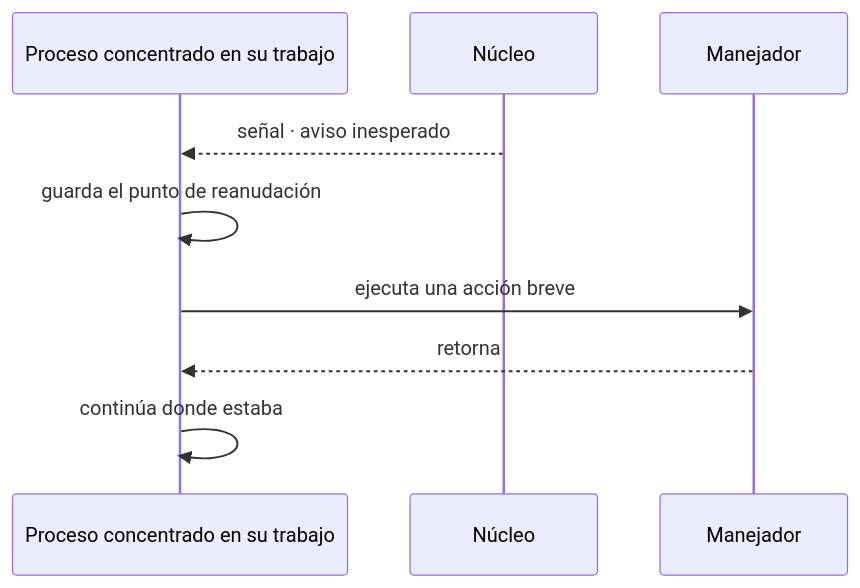
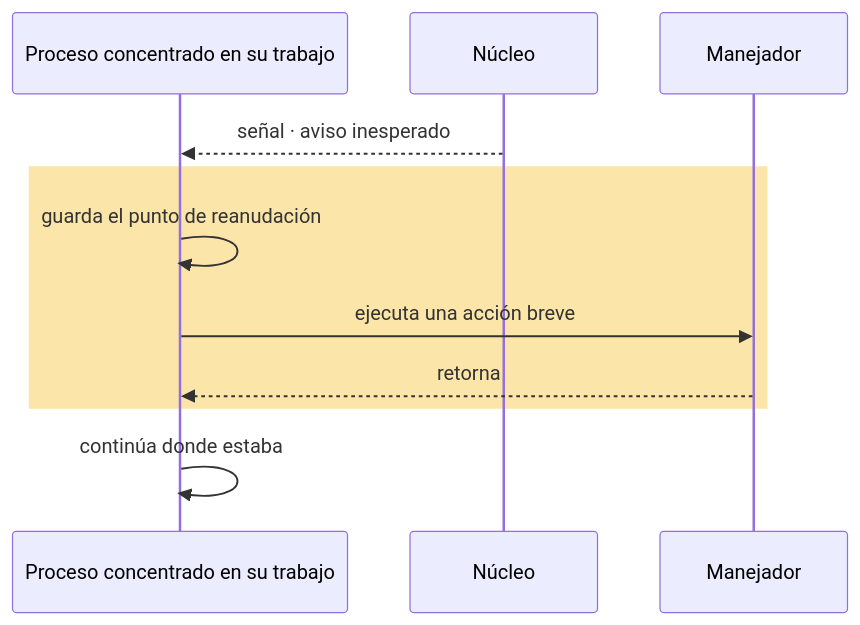
Before and after one commit to asiermarzo/ssoo: the second of 5 diagrams in TEORIA/08-ipc-senales/README.md, drawn with Mermaid. The commit also changed other lines of this file and 25 other files, not shown here.

Commit message:
refinado de diagramas mermaid y svg

````diff
--- a/TEORIA/08-ipc-senales/README.md
+++ b/TEORIA/08-ipc-senales/README.md
@@ -33,11 +44,13 @@
 ```mermaid
 sequenceDiagram
     participant P as Proceso concentrado en su trabajo
     participant K as Núcleo
     participant H as Manejador
     K-->>P: señal · aviso inesperado
-    P->>P: guarda el punto de reanudación
-    P->>H: ejecuta una acción breve
-    H-->>P: retorna
+    rect rgb(252, 229, 168)
+        P->>P: guarda el punto de reanudación
+        P->>H: ejecuta una acción breve
+        H-->>P: retorna
+    end
     P->>P: continúa donde estaba
 ```
````
